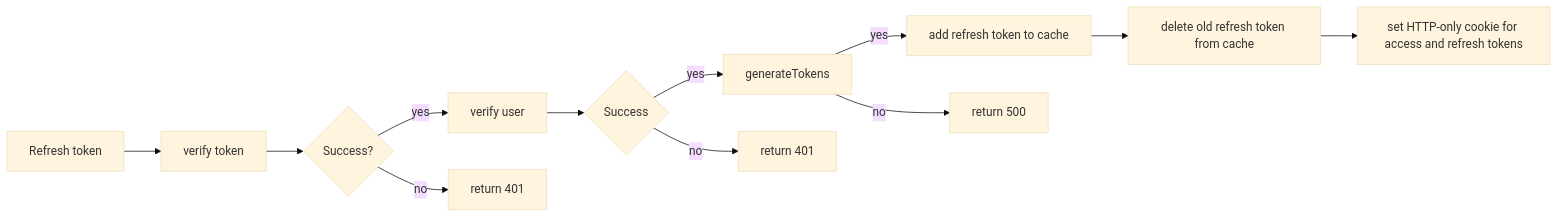
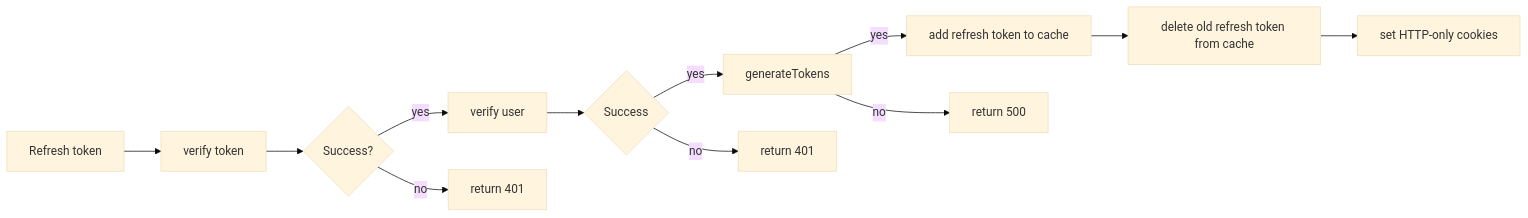
One commit to CDLUC3/dmsp_backend_prototype changed the fourth of 5 diagrams in README.md. Above: the diagram before and after it, drawn with Mermaid (base theme). The commit also changed other lines of this file and 20 other files, not shown here.

````diff
--- a/README.md
+++ b/README.md
@@ -115,14 +115,14 @@
 ```mermaid
 flowchart LR;
   a[Refresh token]-->b[verify token];
   b-->c{Success?};
   c-->|yes| d[verify user]
   c-->|no| e[return 401]
   d-->f{Success}
   f-->|yes| g[generateTokens]
   f-->|no| h[return 401]
   g-->|yes| i[add refresh token to cache]
   i-->j[delete old refresh token from cache]
-  j-->k[set HTTP-only cookie for access and refresh tokens]
+  j-->k[set HTTP-only cookies]
   g-->|no| l[return 500]
 ```
````
